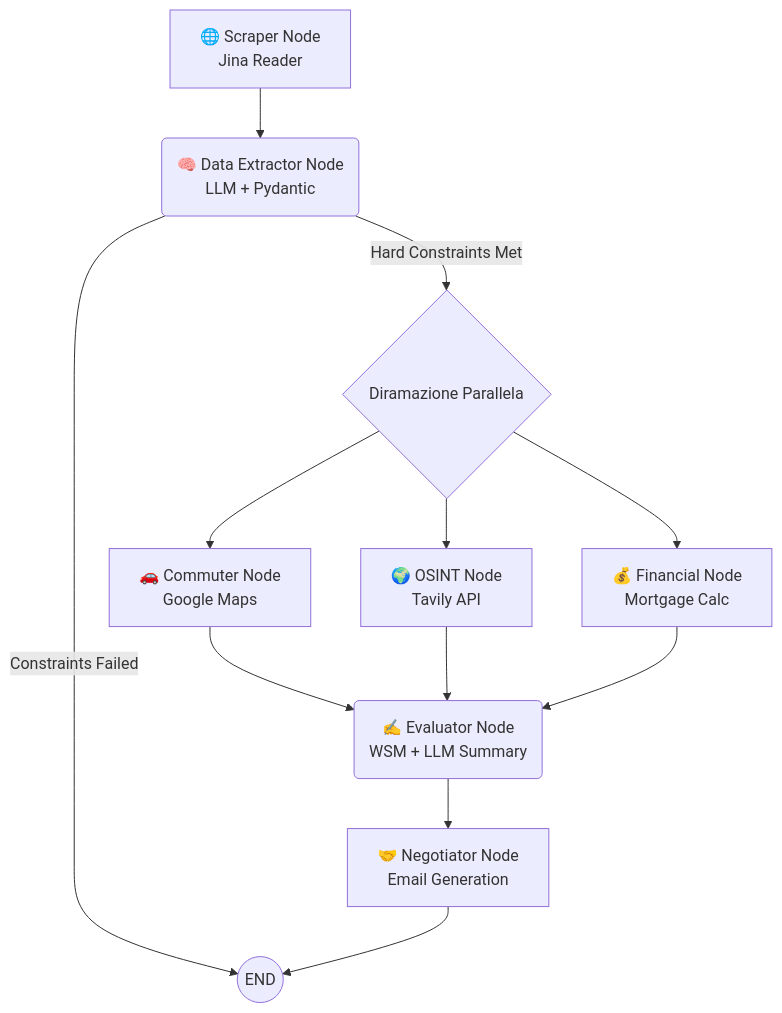
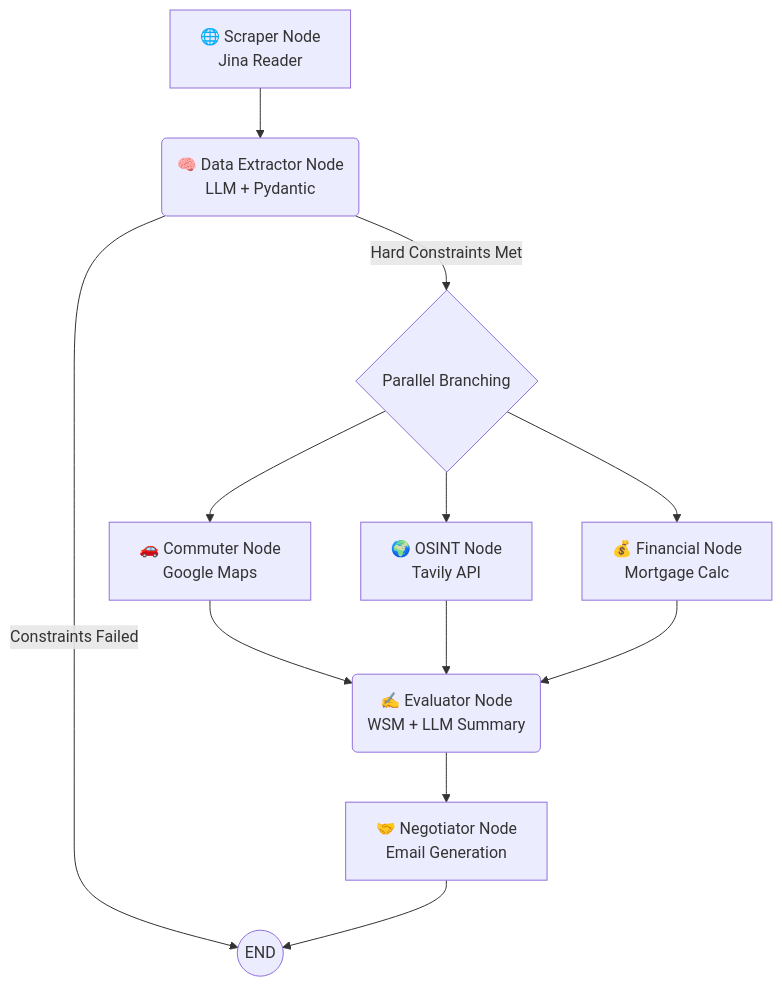
The diagram in README.md (attilio-ap/HomeFinder), drawn with Mermaid before and after one commit. The commit also changed other lines of this file and 4 other files, not shown here.

````diff
--- a/README.md
+++ b/README.md
@@ -29,18 +29,18 @@
 ```mermaid
 graph TD
     A[🌐 Scraper Node<br/>Jina Reader] --> B(🧠 Data Extractor Node<br/>LLM + Pydantic)
     
-    B -- Hard Constraints Met --> C{Diramazione Parallela}
+    B -- Hard Constraints Met --> C{Parallel Branching}
     B -- Constraints Failed --> Z((END))
 
     C --> D[🚗 Commuter Node<br/>Google Maps]
     C --> E[🌍 OSINT Node<br/>Tavily API]
     C --> F[💰 Financial Node<br/>Mortgage Calc]
 
     D --> G(✍️ Evaluator Node<br/>WSM + LLM Summary)
     E --> G
     F --> G
 
     G --> H[🤝 Negotiator Node<br/>Email Generation]
     H --> Z
 ```
````
